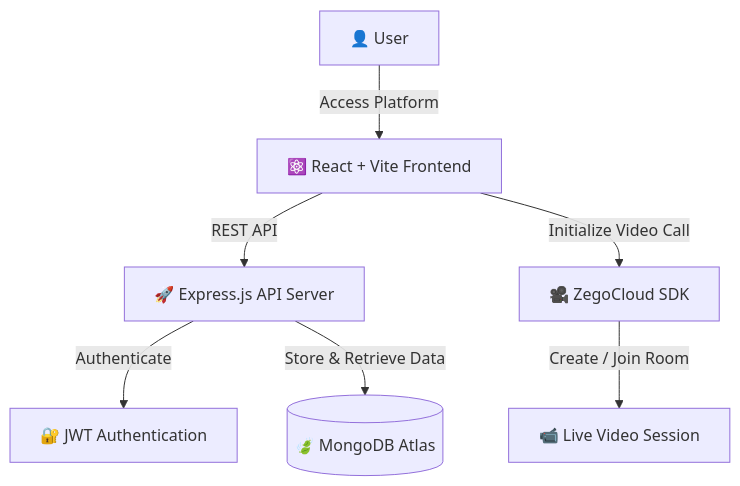
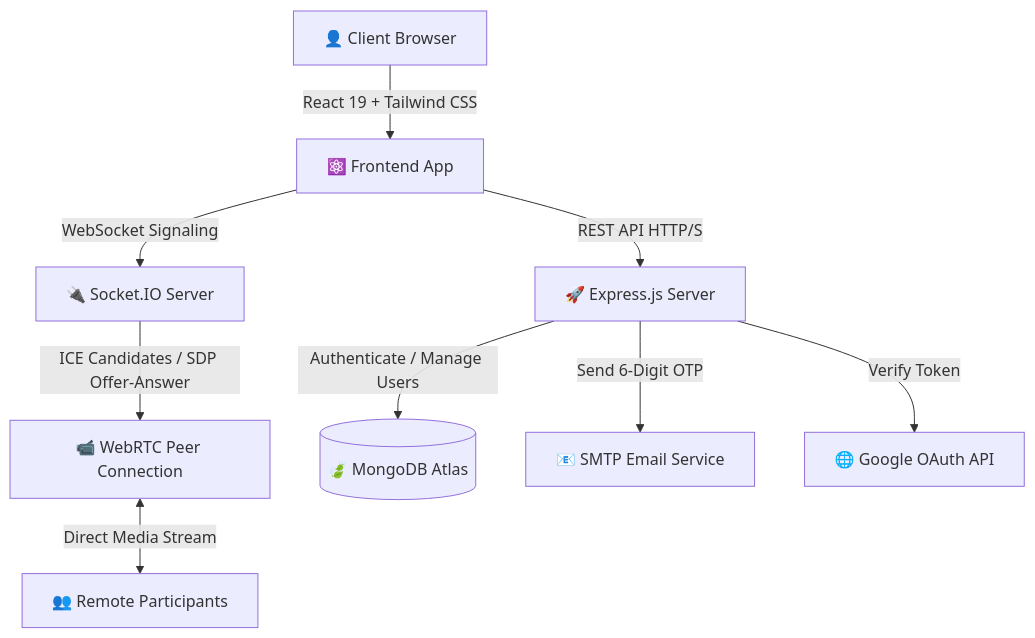
Before and after one commit to suvojitmanna/Live-classes: the diagram in README.md, drawn with Mermaid. The commit also changed other lines of this file and 80 other files, not shown here.

````diff
--- a/README.md
+++ b/README.md
@@ -232,29 +99,11 @@
 ```mermaid
 graph TD
-
-    A[👤 User]
-
-    B[⚛️ React + Vite Frontend]
-
-    C[🚀 Express.js API Server]
-
-    D[🔐 JWT Authentication]
-
-    E[(🍃 MongoDB Atlas)]
-
-    F[🎥 ZegoCloud SDK]
-
-    G[📹 Live Video Session]
-
-    A -->|Access Platform| B
-
-    B -->|REST API| C
-
-    C -->|Authenticate| D
-
-    C -->|Store & Retrieve Data| E
-
-    B -->|Initialize Video Call| F
-
-    F -->|Create / Join Room| G
+    A[👤 Client Browser] -->|React 19 + Tailwind CSS| B[⚛️ Frontend App]
+    B -->|REST API HTTP/S| C[🚀 Express.js Server]
+    B -->|WebSocket Signaling| D[🔌 Socket.IO Server]
+    D -->|ICE Candidates / SDP Offer-Answer| E[📹 WebRTC Peer Connection]
+    E <-->|Direct Media Stream| F[👥 Remote Participants]
+    C -->|Authenticate / Manage Users| G[(🍃 MongoDB Atlas)]
+    C -->|Send 6-Digit OTP| H[📧 SMTP Email Service]
+    C -->|Verify Token| I[🌐 Google OAuth API]
 ```
````
